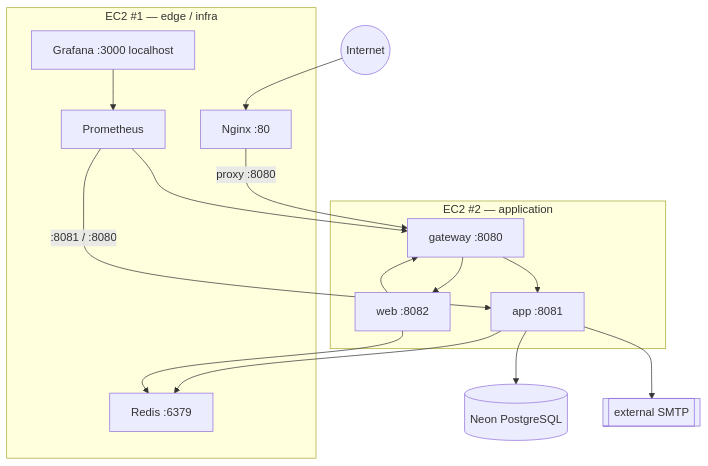
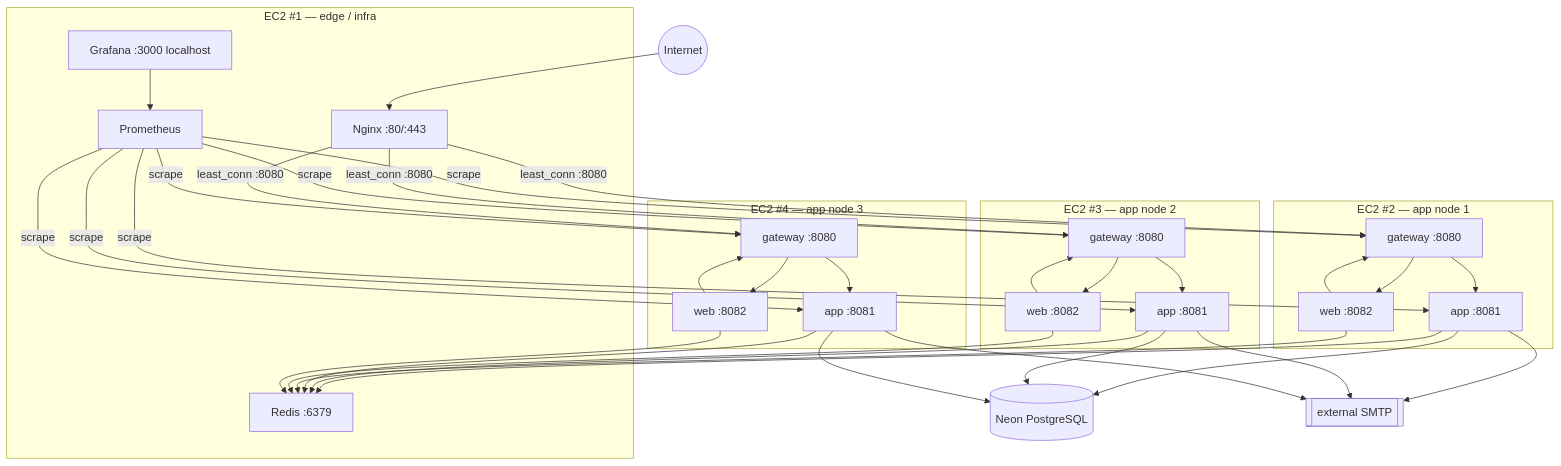
One commit to SlayerBit/linkflow changed the first of 3 diagrams in docs/ARCHITECTURE.md. Above: the diagram before and after it, drawn with Mermaid. The commit also changed other lines of this file and 17 other files, not shown here.

````diff
--- a/docs/ARCHITECTURE.md
+++ b/docs/ARCHITECTURE.md
@@ -9,29 +11,47 @@
 ```mermaid
 flowchart TB
     Internet((Internet)) --> Nginx
 
     subgraph Edge["EC2 #1 — edge / infra"]
-        Nginx["Nginx :80"]
+        Nginx["Nginx :80/:443"]
         Redis["Redis :6379"]
         Prom["Prometheus"]
         Grafana["Grafana :3000 localhost"]
     end
 
-    subgraph AppNode["EC2 #2 — application"]
-        GW["gateway :8080"]
-        App["app :8081"]
-        Web["web :8082"]
-        GW --> App
-        GW --> Web
-        Web --> GW
+    subgraph App1["EC2 #2 — app node 1"]
+        GW1["gateway :8080"]
+        A1["app :8081"]
+        W1["web :8082"]
+        GW1 --> A1
+        GW1 --> W1
+        W1 --> GW1
     end
 
-    Nginx -->|proxy :8080| GW
-    App --> PG[(Neon PostgreSQL)]
-    App --> Redis
-    Web --> Redis
-    App --> SMTP[[external SMTP]]
-    Prom -->|:8081 / :8080| App
-    Prom --> GW
+    subgraph App2["EC2 #3 — app node 2"]
+        GW2["gateway :8080"]
+        A2["app :8081"]
+        W2["web :8082"]
+        GW2 --> A2
+        GW2 --> W2
+        W2 --> GW2
+    end
+
+    subgraph App3["EC2 #4 — app node 3"]
+        GW3["gateway :8080"]
+        A3["app :8081"]
+        W3["web :8082"]
+        GW3 --> A3
+        GW3 --> W3
+        W3 --> GW3
+    end
+
+    Nginx -->|"least_conn :8080"| GW1 & GW2 & GW3
+    A1 & A2 & A3 --> PG[(Neon PostgreSQL)]
+    A1 & A2 & A3 --> Redis
+    W1 & W2 & W3 --> Redis
+    A1 & A2 & A3 --> SMTP[[external SMTP]]
+    Prom -->|scrape| A1 & A2 & A3
+    Prom -->|scrape| GW1 & GW2 & GW3
     Grafana --> Prom
 ```
````
